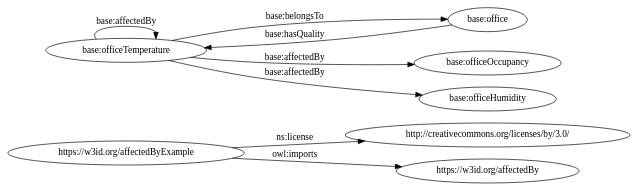
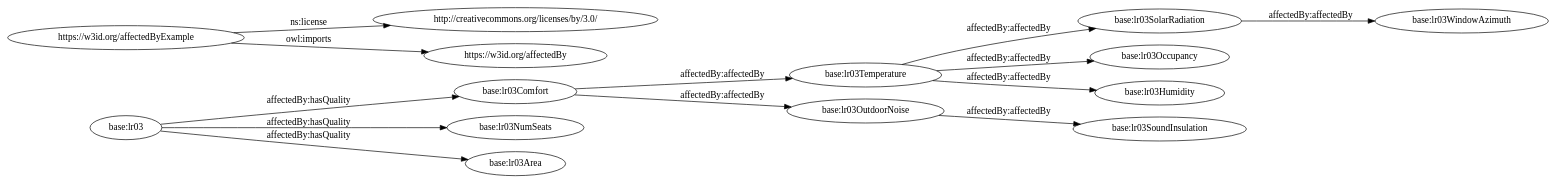
Before and after one commit to iesnaola/AffectedBy: the diagram in OnToology/examples/example1.owl/diagrams/ar2dtool-class/example1.owl.png.dot, drawn with Graphviz. The commit also changed 11 other files, not shown here.

```diff
--- a/OnToology/examples/example1.owl/diagrams/ar2dtool-class/example1.owl.png.dot
+++ b/OnToology/examples/example1.owl/diagrams/ar2dtool-class/example1.owl.png.dot
@@ -1,12 +1,17 @@
 digraph ar2dtool_diagram { 
 rankdir=LR;
 size="1501"
+	"base:lr03Comfort" -> "base:lr03Temperature" [ label = "affectedBy:affectedBy" ];
+	"base:lr03Comfort" -> "base:lr03OutdoorNoise" [ label = "affectedBy:affectedBy" ];
 	"https://w3id.org/affectedByExample" -> "http://creativecommons.org/licenses/by/3.0/" [ label = "ns:license" ];
 	"https://w3id.org/affectedByExample" -> "https://w3id.org/affectedBy" [ label = "owl:imports" ];
-	"base:officeTemperature" -> "base:office" [ label = "base:belongsTo" ];
-	"base:officeTemperature" -> "base:officeTemperature" [ label = "base:affectedBy" ];
-	"base:officeTemperature" -> "base:officeOccupancy" [ label = "base:affectedBy" ];
-	"base:officeTemperature" -> "base:officeHumidity" [ label = "base:affectedBy" ];
-	"base:office" -> "base:officeTemperature" [ label = "base:hasQuality" ];
+	"base:lr03Temperature" -> "base:lr03SolarRadiation" [ label = "affectedBy:affectedBy" ];
+	"base:lr03Temperature" -> "base:lr03Occupancy" [ label = "affectedBy:affectedBy" ];
+	"base:lr03Temperature" -> "base:lr03Humidity" [ label = "affectedBy:affectedBy" ];
+	"base:lr03OutdoorNoise" -> "base:lr03SoundInsulation" [ label = "affectedBy:affectedBy" ];
+	"base:lr03" -> "base:lr03NumSeats" [ label = "affectedBy:hasQuality" ];
+	"base:lr03" -> "base:lr03Comfort" [ label = "affectedBy:hasQuality" ];
+	"base:lr03" -> "base:lr03Area" [ label = "affectedBy:hasQuality" ];
+	"base:lr03SolarRadiation" -> "base:lr03WindowAzimuth" [ label = "affectedBy:affectedBy" ];
 
 }
```
